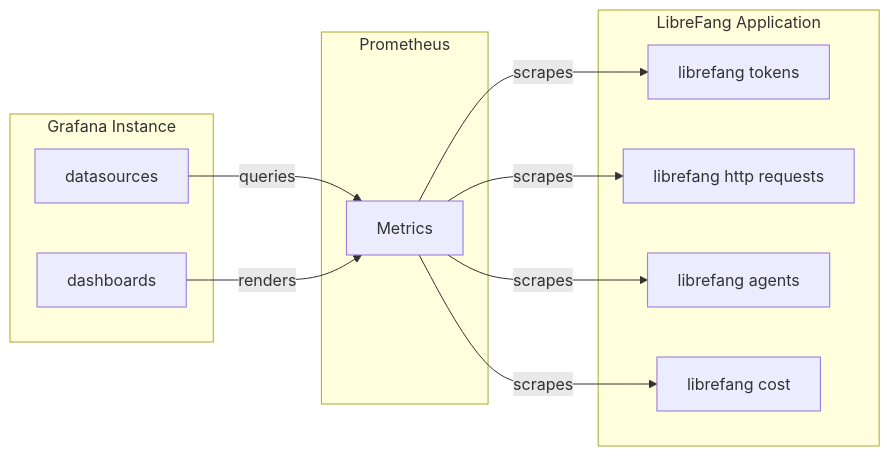
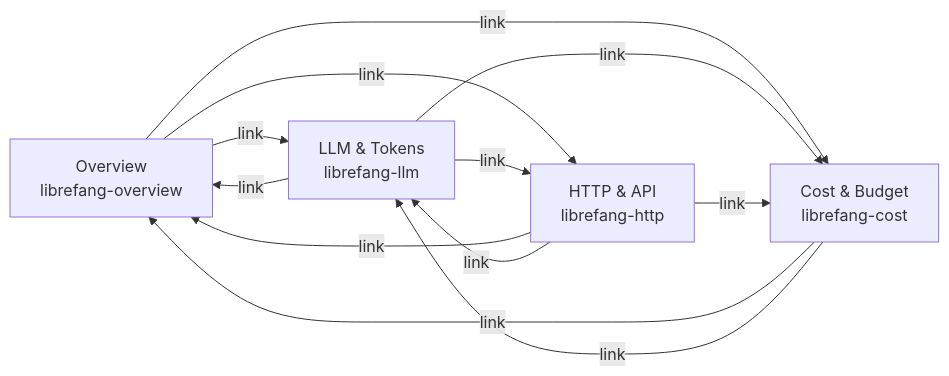
One commit to leszek3737/librefang-WIki changed the diagram in deployment-grafana.md. Above: the diagram before and after it, drawn with Mermaid. The commit also changed other lines of this file and 56 other files, not shown here.

````diff
--- a/deployment-grafana.md
+++ b/deployment-grafana.md
@@ -9,25 +58,14 @@
 ```mermaid
 graph LR
-    subgraph Grafana["Grafana Instance"]
-        D1[dashboards]
-        D2[datasources]
-    end
-    
-    subgraph Prometheus["Prometheus"]
-        M1[Metrics]
-    end
-    
-    subgraph LibreFang["LibreFang Application"]
-        A1[librefang tokens]
-        A2[librefang http requests]
-        A3[librefang agents]
-        A4[librefang cost]
-    end
-    
-    D2 -->|queries| M1
-    M1 -->|scrapes| A1
-    M1 -->|scrapes| A2
-    M1 -->|scrapes| A3
-    M1 -->|scrapes| A4
-    D1 -->|renders| M1
+    A[Overview<br/>librefang-overview] -->|link| B[LLM & Tokens<br/>librefang-llm]
+    A -->|link| C[HTTP & API<br/>librefang-http]
+    A -->|link| D[Cost & Budget<br/>librefang-cost]
+    B -->|link| A
+    B -->|link| C
+    B -->|link| D
+    C -->|link| A
+    C -->|link| B
+    C -->|link| D
+    D -->|link| A
+    D -->|link| B
 ```
````
